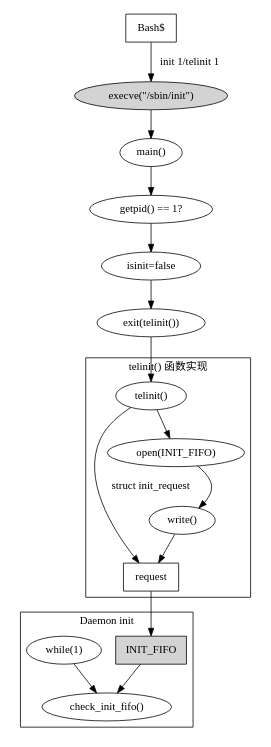
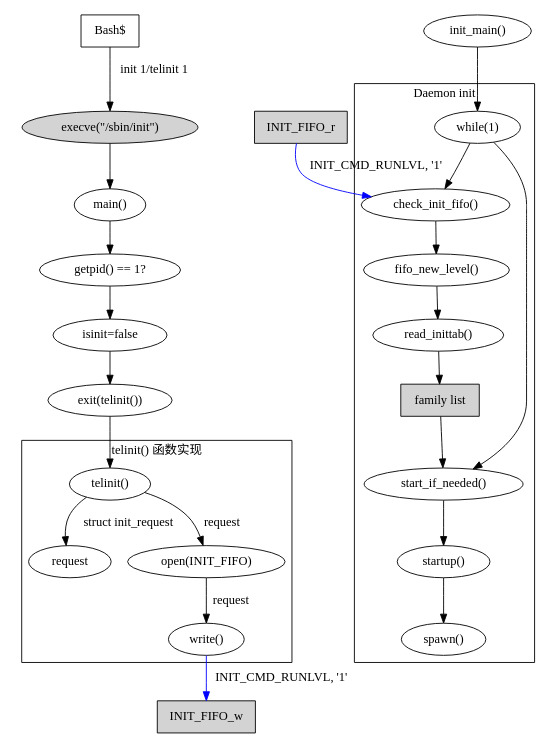
The diagram in pdf/figures/how-to-exec-init-2.dot (limingth/sysvinit), drawn with Graphviz before and after one commit. The commit also changed 23 other files, not shown here.

```diff
--- a/pdf/figures/how-to-exec-init-2.dot
+++ b/pdf/figures/how-to-exec-init-2.dot
@@ -1,36 +1,41 @@
 digraph G
 {
 	size = "7, 7";
 	//label = "方式2 - 用户命令 telinit 启动 init";
 
 	"Bash$ " [shape=box];
 	"execve(\"/sbin/init\")"  [style = filled];
 	"Bash$ " -> "execve(\"/sbin/init\")" [label="init 1/telinit 1"];
 
-
 	"execve(\"/sbin/init\")" -> "main()";
 
 	"main()" -> "getpid() == 1?" -> "isinit=false" -> "exit(telinit())" -> "telinit()";
 	
 	subgraph cluster01
 	{
 		label = "telinit() 函数实现";
 
-		"request" [shape=box];
 		"telinit()" -> "request" [label="struct init_request"] ;
 
-		"telinit()" -> "open(INIT_FIFO)" -> "write()" -> "request";
+		"telinit()" -> "open(INIT_FIFO)" -> "write()" [label="request"];
 	}
 
-	"INIT_FIFO" [shape=box style="filled"];
-	"request" -> "INIT_FIFO"; 
+	"INIT_FIFO_w" [shape=box style="filled"];
+	"write()" -> "INIT_FIFO_w" [label="INIT_CMD_RUNLVL, '1'" color="blue"]; 
+//	"INIT_FIFO_w" -> "INIT_FIFO_r"[style=dotted];
+	"INIT_FIFO_r" [shape=box style="filled"];
+	"INIT_FIFO_r" -> "check_init_fifo()" [label="INIT_CMD_RUNLVL, '1'" color="blue"]; 
+
+	"init_main()" -> "while(1)";
 
 	subgraph cluster02
 	{
 		label = "Daemon init";
 
-		"INIT_FIFO" -> "check_init_fifo()";
-
 		"while(1)" -> "check_init_fifo()"; 
+		"check_init_fifo()" -> "fifo_new_level()" -> "read_inittab()" -> "family list"; 
+		"family list" [shape=box style=filled];
+		"while(1)" -> "start_if_needed()" -> "startup()" -> "spawn()"; 
+		"family list" -> "start_if_needed()";
 	}
 }
```
